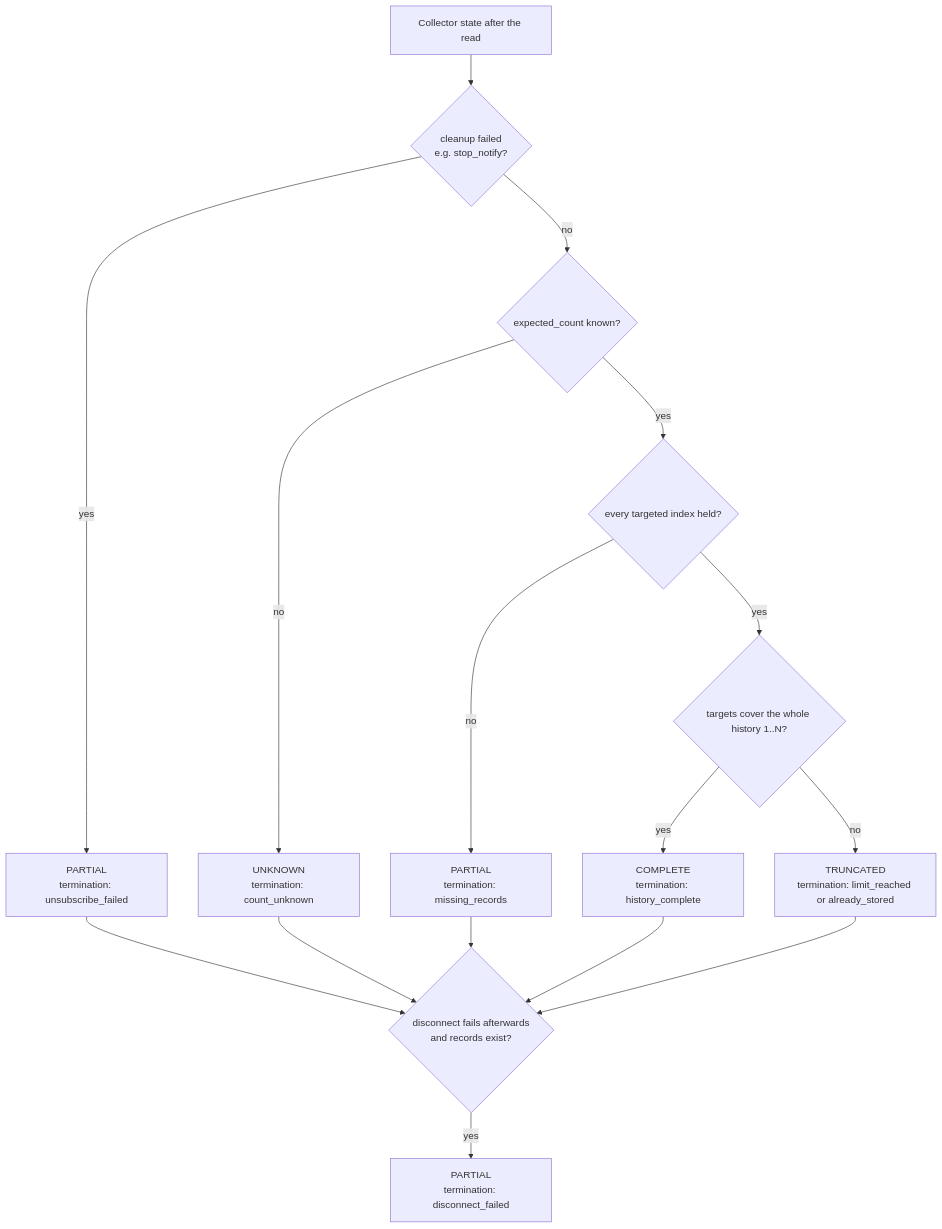
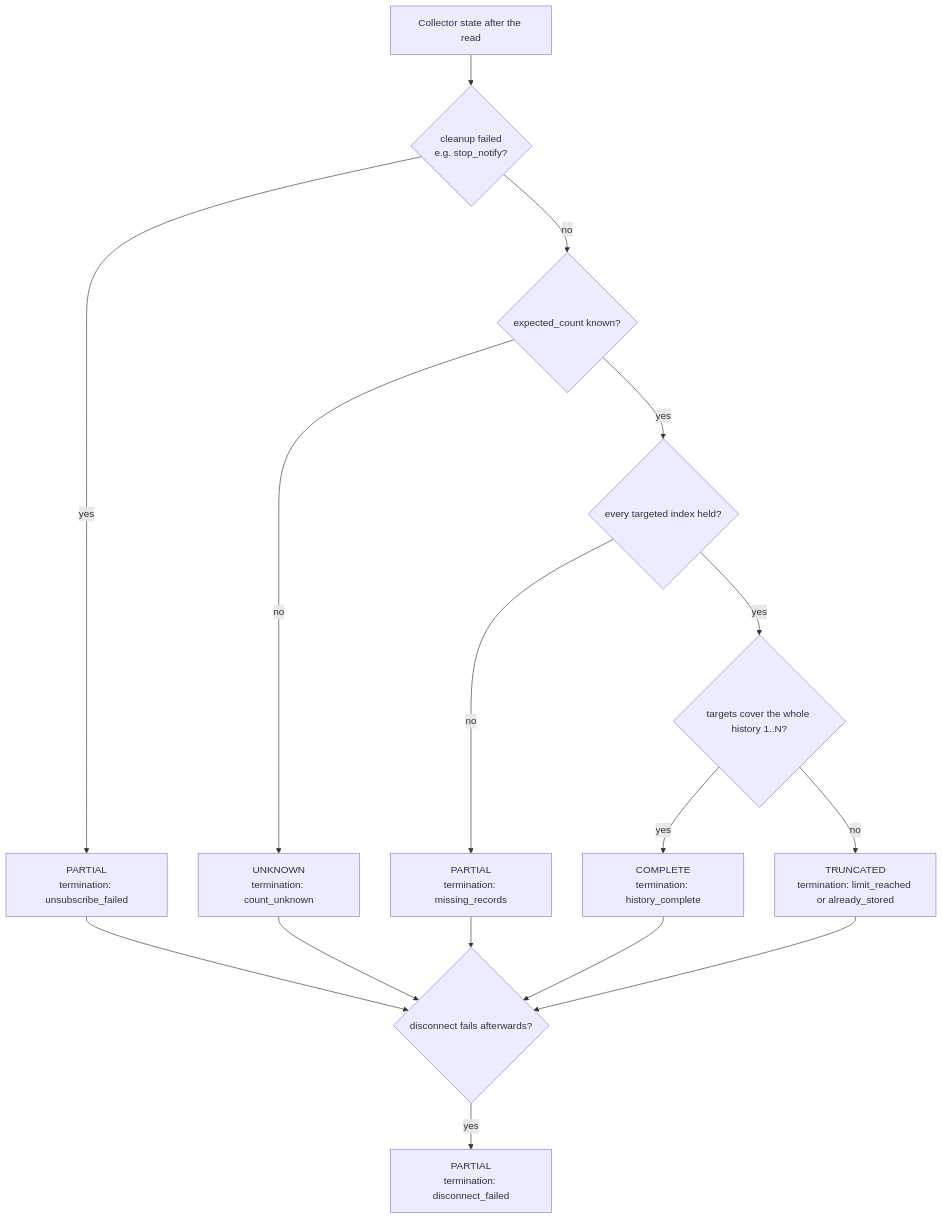
One commit to kiforsbe/bgmeter changed diagram 13 of 14 in ARCHITECTURE.md. Above: the diagram before and after it, drawn with Mermaid. The commit also changed other lines of this file and 6 other files, not shown here.

````diff
--- a/ARCHITECTURE.md
+++ b/ARCHITECTURE.md
@@ -1124,18 +1128,18 @@
 ```mermaid
 flowchart TD
     s["Collector state after the read"] --> c{"cleanup failed<br/>e.g. stop_notify?"}
     c -->|yes| p1["PARTIAL<br/>termination: unsubscribe_failed"]
     c -->|no| e{"expected_count known?"}
     e -->|no| u["UNKNOWN<br/>termination: count_unknown"]
     e -->|yes| all{"every targeted index held?"}
     all -->|no| p2["PARTIAL<br/>termination: missing_records"]
     all -->|yes| full{"targets cover the whole history 1..N?"}
     full -->|yes| ok["COMPLETE<br/>termination: history_complete"]
     full -->|no| tr["TRUNCATED<br/>termination: limit_reached or already_stored"]
-    ok --> m{"disconnect fails afterwards<br/>and records exist?"}
+    ok --> m{"disconnect fails afterwards?"}
     tr --> m
     p1 --> m
     u --> m
     p2 --> m
     m -->|yes| p3["PARTIAL<br/>termination: disconnect_failed"]
 ```
````
